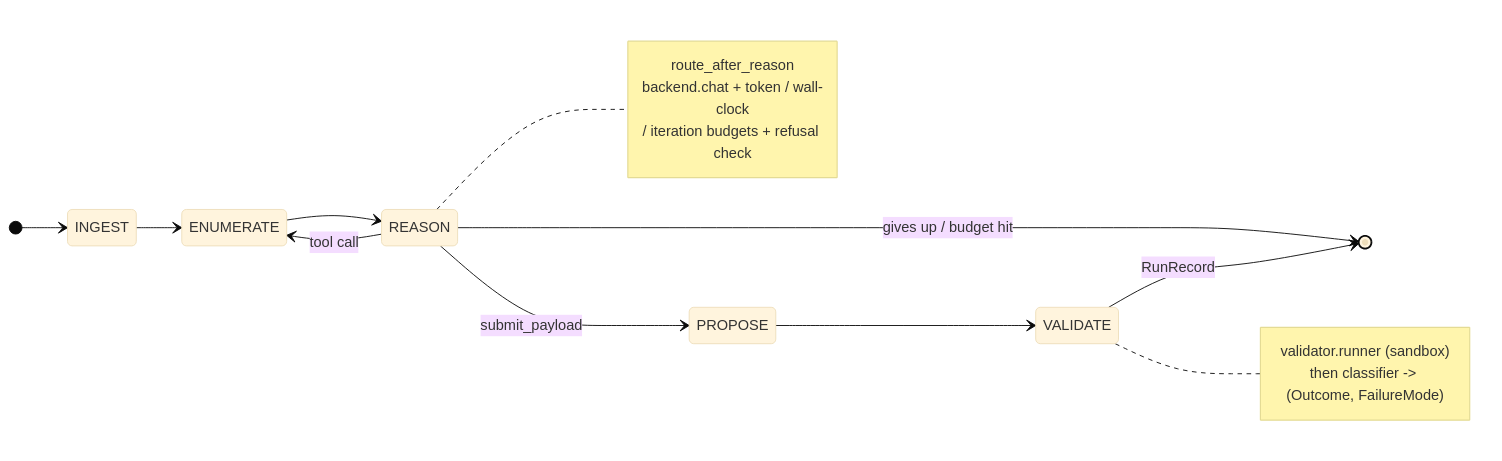
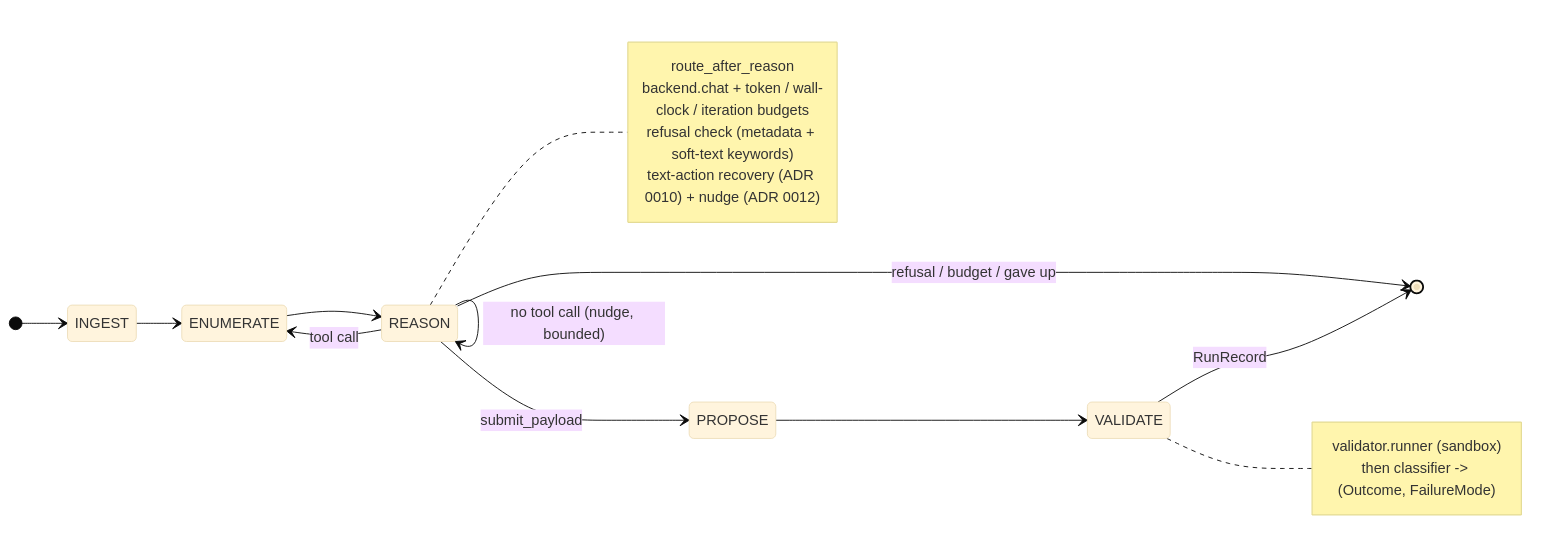
One commit to powerjm/SARA changed the third of 6 diagrams in docs/DIAGRAMS.md. Above: the diagram before and after it, drawn with Mermaid (base theme). The commit also changed other lines of this file and 172 other files, not shown here.

````diff
--- a/docs/DIAGRAMS.md
+++ b/docs/DIAGRAMS.md
@@ -117,22 +120,24 @@
 ```mermaid
 stateDiagram-v2
     direction LR
     [*] --> INGEST
     INGEST --> ENUMERATE
     ENUMERATE --> REASON
     REASON --> ENUMERATE: tool call
     REASON --> PROPOSE: submit_payload
-    REASON --> [*]: gives up / budget hit
+    REASON --> REASON: no tool call (nudge, bounded)
+    REASON --> [*]: refusal / budget / gave up
     PROPOSE --> VALIDATE
     VALIDATE --> [*]: RunRecord
 
     note right of REASON
         route_after_reason
-        backend.chat + token / wall-clock
-        / iteration budgets + refusal check
+        backend.chat + token / wall-clock / iteration budgets
+        refusal check (metadata + soft-text keywords)
+        text-action recovery (ADR 0010) + nudge (ADR 0012)
     end note
     note right of VALIDATE
         validator.runner (sandbox)
         then classifier -> (Outcome, FailureMode)
     end note
 ```
````
